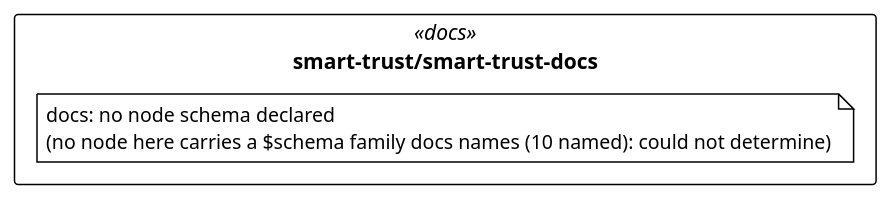
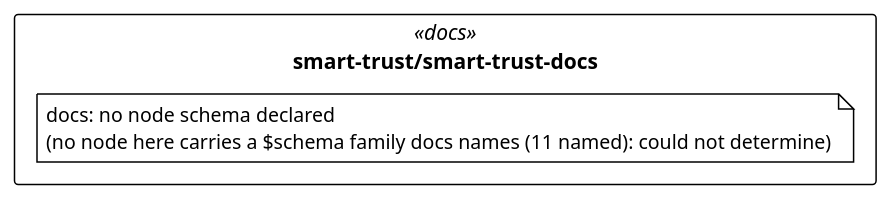
The diagram in cat-harness/uml/overview/smart-trust/smart-trust-docs.puml (litlfred/folio-assistant), drawn with PlantUML before and after one commit. The commit also changed 62 other files, not shown here.

```diff
--- a/cat-harness/uml/overview/smart-trust/smart-trust-docs.puml
+++ b/cat-harness/uml/overview/smart-trust/smart-trust-docs.puml
@@ -3,13 +3,13 @@
 @startuml smart_trust_smart_trust_docs
 !pragma layout elk
 !theme plain
 skinparam classAttributeIconSize 0
 skinparam shadowing false
 skinparam packageStyle rectangle
 hide empty methods
 
 package "smart-trust/smart-trust-docs" as pkg_smart_trust_smart_trust_docs <<docs>> {
-  note "docs: no node schema declared\n(no node here carries a $schema family docs names (10 named): could not determine)" as n_smart_trust_smart_trust_docs_docs
+  note "docs: no node schema declared\n(no node here carries a $schema family docs names (11 named): could not determine)" as n_smart_trust_smart_trust_docs_docs
 }
 
 @enduml
```
